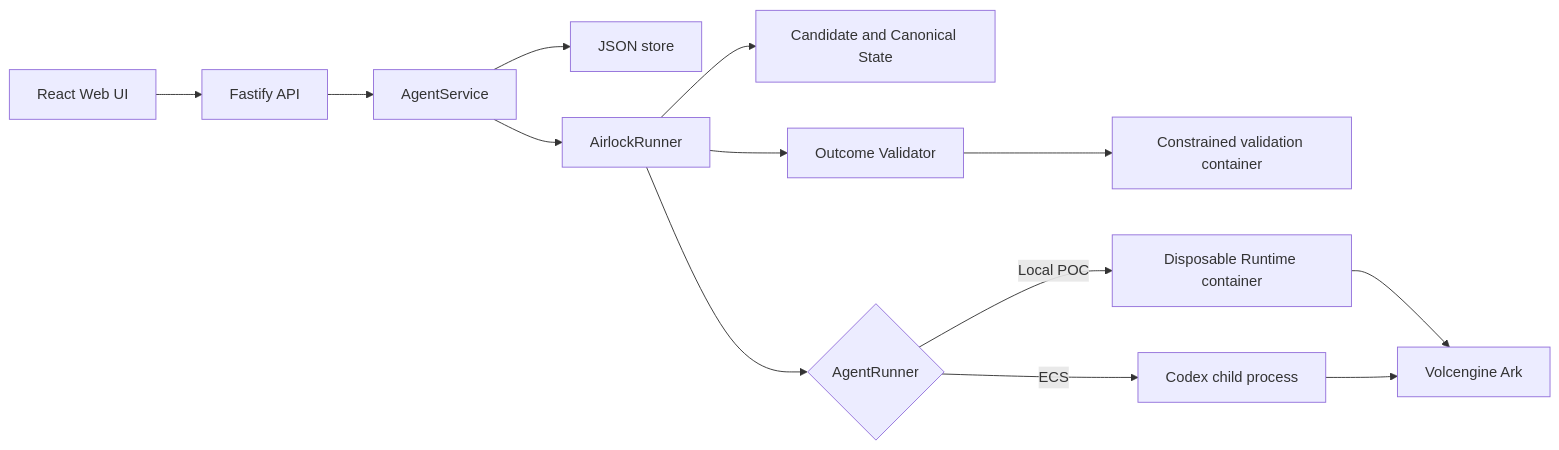
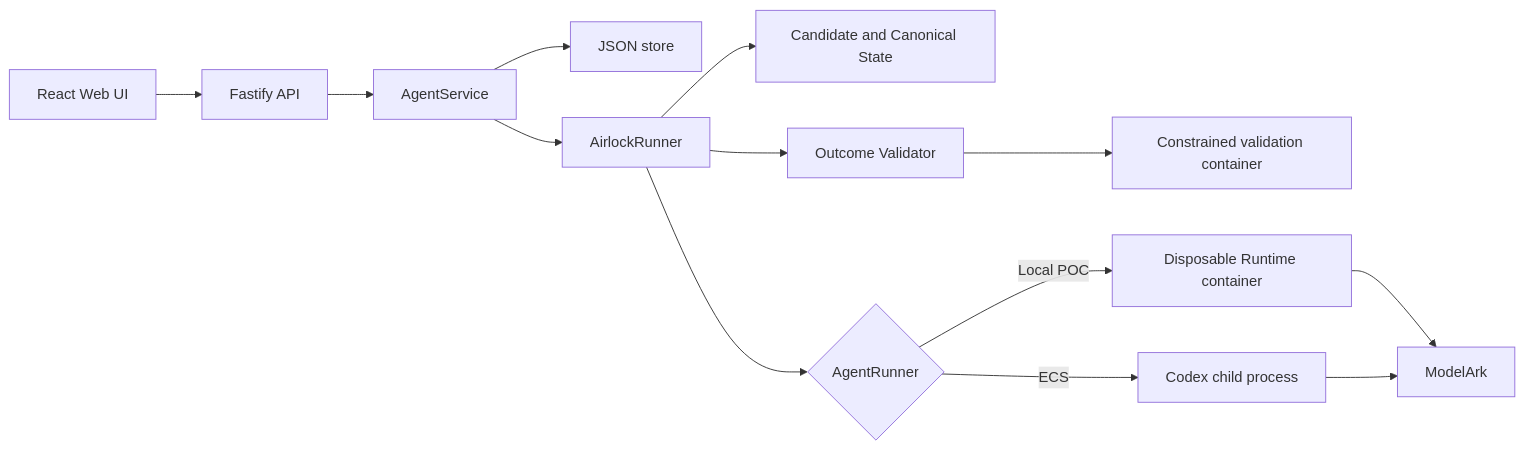
One commit to Kk120306/agent-airlock changed the diagram in docs/ARCHITECTURE.md. Above: the diagram before and after it, drawn with Mermaid. The commit also changed 9 other files, not shown here.

Commit message:
fix: harden local ModelArk setup

````diff
--- a/docs/ARCHITECTURE.md
+++ b/docs/ARCHITECTURE.md
@@ -5,15 +5,15 @@
 ```mermaid
 flowchart LR
     UI["React Web UI"] --> API["Fastify API"]
     API --> Service["AgentService"]
     Service --> Store["JSON store"]
     Service --> Airlock["AirlockRunner"]
     Airlock --> Workspace["Candidate and Canonical State"]
     Airlock --> Runner{"AgentRunner"}
     Airlock --> Validate["Outcome Validator"]
     Validate --> ValidationContainer["Constrained validation container"]
     Runner -->|Local POC| Container["Disposable Runtime container"]
     Runner -->|ECS| Process["Codex child process"]
-    Container --> Ark["Volcengine Ark"]
+    Container --> Ark["ModelArk"]
     Process --> Ark
 ```
````
